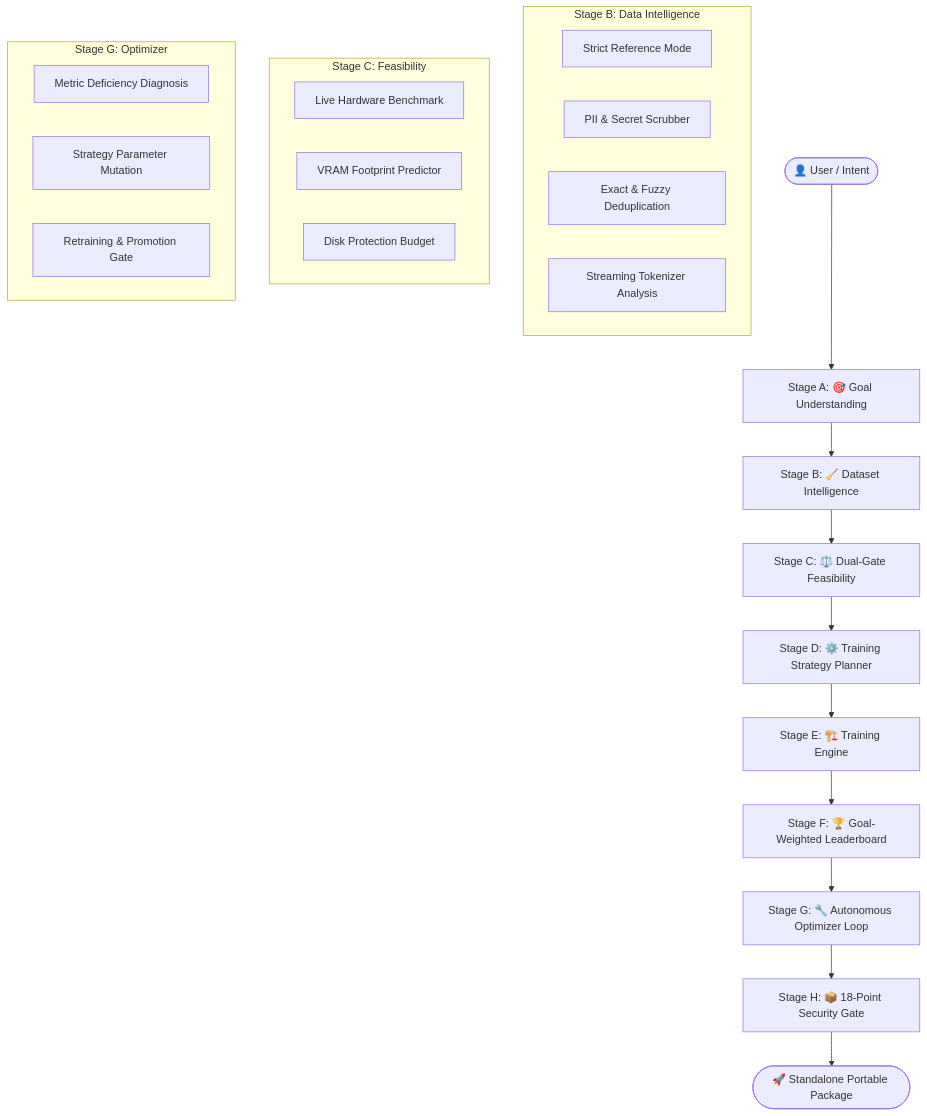
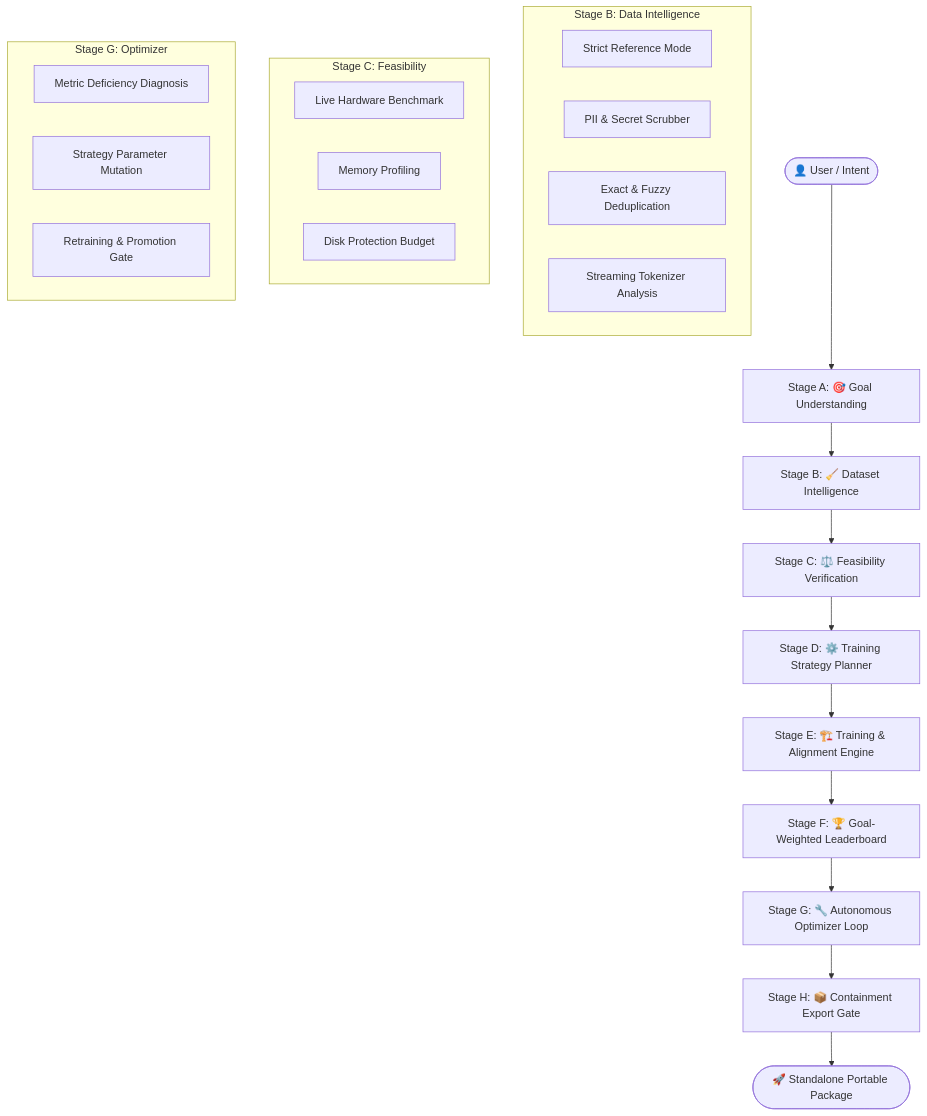
One commit to kiransai-62/myai-model-builder changed the diagram in ARCHITECTURE.md. Above: the diagram before and after it, drawn with Mermaid. The commit also changed other lines of this file and 4 other files, not shown here.

````diff
--- a/ARCHITECTURE.md
+++ b/ARCHITECTURE.md
@@ -7,31 +7,31 @@
 ```mermaid
 graph TD
     User([👤 User / Intent]) --> StageA[Stage A: 🎯 Goal Understanding]
     StageA --> StageB[Stage B: 🧹 Dataset Intelligence]
-    StageB --> StageC[Stage C: ⚖️ Dual-Gate Feasibility]
+    StageB --> StageC[Stage C: ⚖️ Feasibility Verification]
     StageC --> StageD[Stage D: ⚙️ Training Strategy Planner]
-    StageD --> StageE[Stage E: 🏗️ Training Engine]
+    StageD --> StageE[Stage E: 🏗️ Training & Alignment Engine]
     StageE --> StageF[Stage F: 🏆 Goal-Weighted Leaderboard]
     StageF --> StageG[Stage G: 🔧 Autonomous Optimizer Loop]
-    StageG --> StageH[Stage H: 📦 18-Point Security Gate]
+    StageG --> StageH[Stage H: 📦 Containment Export Gate]
     StageH --> Output([🚀 Standalone Portable Package])
 
     subgraph "Stage B: Data Intelligence"
         B1[Strict Reference Mode]
         B2[PII & Secret Scrubber]
         B3[Exact & Fuzzy Deduplication]
         B4[Streaming Tokenizer Analysis]
     end
 
     subgraph "Stage C: Feasibility"
         C1[Live Hardware Benchmark]
-        C2[VRAM Footprint Predictor]
+        C2[Memory Profiling]
         C3[Disk Protection Budget]
     end
 
     subgraph "Stage G: Optimizer"
         G1[Metric Deficiency Diagnosis]
         G2[Strategy Parameter Mutation]
         G3[Retraining & Promotion Gate]
     end
 ```
````
